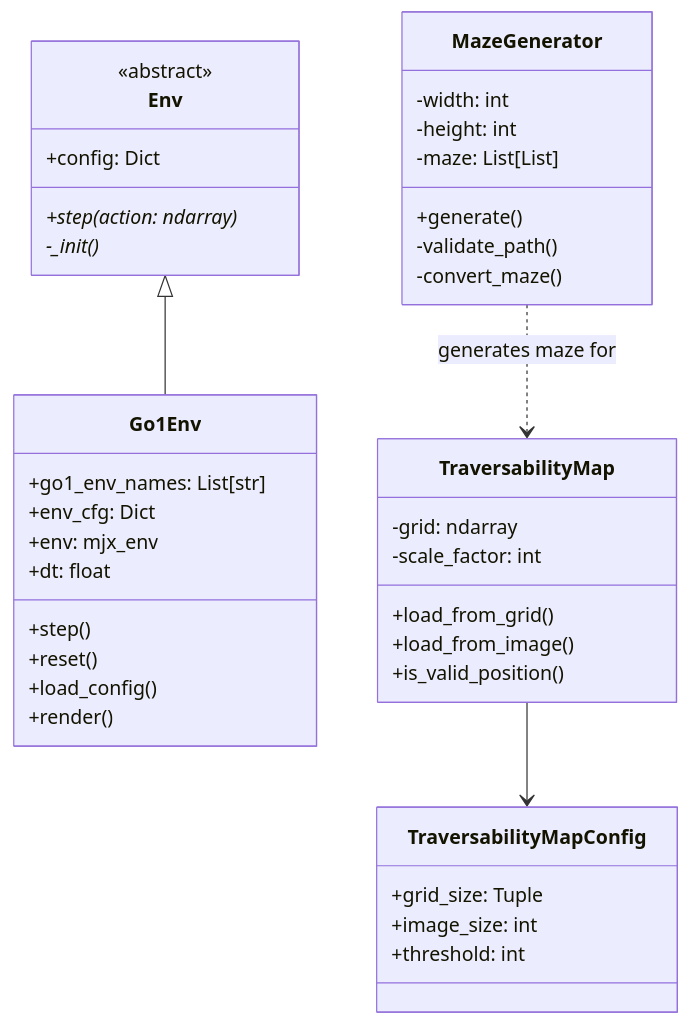
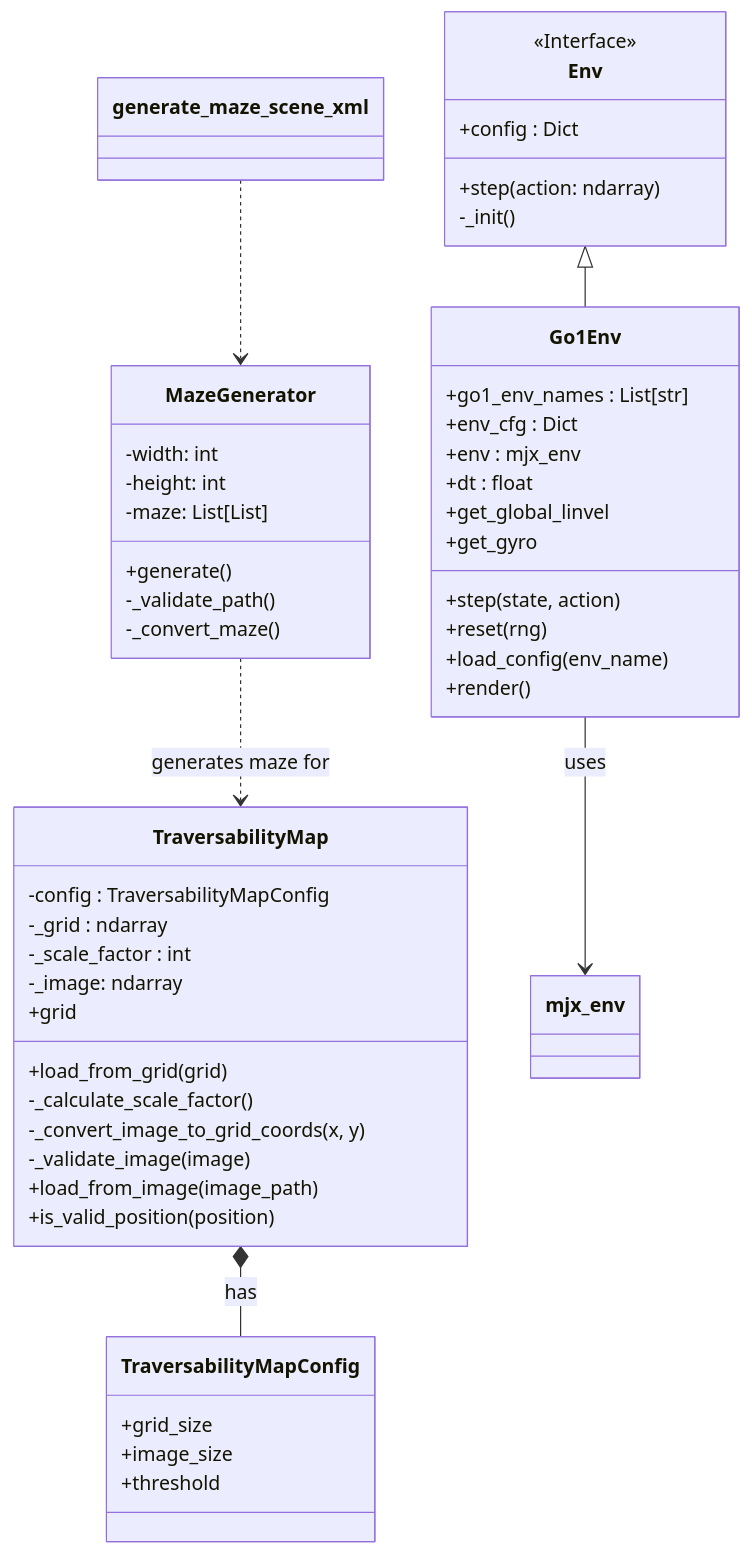
Before and after one commit to shaoanlu/llm_mjx_go1_playground: the diagram in src/environment/README.md, drawn with Mermaid. The commit also changed 1 other file, not shown here.

Commit message:
update graphs

````diff
--- a/src/environment/README.md
+++ b/src/environment/README.md
@@ -1,49 +1,57 @@
 ```mermaid
 classDiagram
-    %% Base Classes
     class Env {
-        <<abstract>>
-        +config: Dict
-        +step(action: ndarray)*
-        -_init()*
+        <<Interface>>
+        +config : Dict
+        +step(action: ndarray)
+        -_init()
     }
 
-    %% Environment Implementation
     class Go1Env {
-        +go1_env_names: List[str]
-        +env_cfg: Dict
-        +env: mjx_env
-        +step()
-        +reset()
-        +load_config()
+        +go1_env_names : List[str]
+        +env_cfg : Dict
+        +env : mjx_env
+        +step(state, action)
+        +reset(rng)
+        +load_config(env_name)
         +render()
-        +dt: float
+        +dt : float
+        +get_global_linvel
+        +get_gyro
     }
 
-    %% Map and Maze Classes
     class TraversabilityMap {
-        -grid: ndarray
-        -scale_factor: int
-        +load_from_grid()
-        +load_from_image()
-        +is_valid_position()
+        -config : TraversabilityMapConfig
+        -_grid : ndarray
+        -_scale_factor : int
+        -_image: ndarray
+        +load_from_grid(grid)
+        -_calculate_scale_factor()
+        -_convert_image_to_grid_coords(x, y)
+        -_validate_image(image)
+        +load_from_image(image_path)
+        +is_valid_position(position)
+        +grid
     }
+
     class TraversabilityMapConfig {
-        +grid_size: Tuple
-        +image_size: int
-        +threshold: int
+      +grid_size
+      +image_size
+      +threshold
     }
-    class MazeGenerator {
+
+    class MazeGenerator{
         -width: int
         -height: int
         -maze: List[List]
         +generate()
-        -validate_path()
-        -convert_maze()
+        -_validate_path()
+        -_convert_maze()
     }
 
-    %% Relationships
     Env <|-- Go1Env
-    TraversabilityMap --> TraversabilityMapConfig
+    TraversabilityMap *-- TraversabilityMapConfig : has
+    Go1Env --> mjx_env : uses
+    generate_maze_scene_xml ..> MazeGenerator
     MazeGenerator ..> TraversabilityMap : generates maze for
 ```
````
